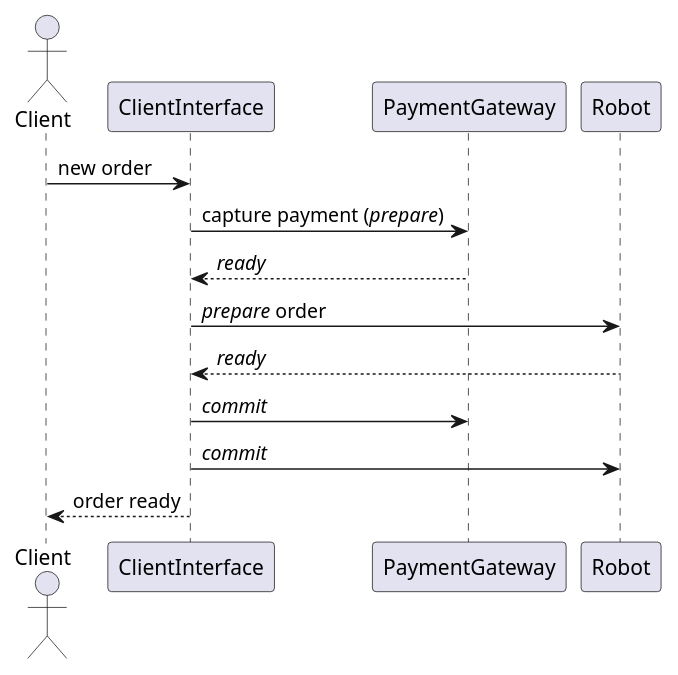
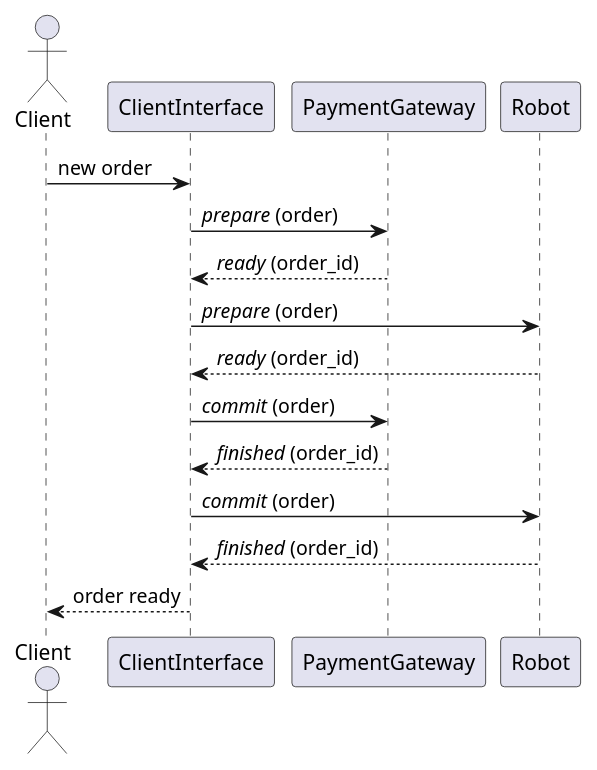
Before and after one commit to rebeselman/tp2-concurrentes-1c2024: the diagram in img/diagrams/puml/happy_sequence copy.puml, drawn with PlantUML. The commit also changed 4 other files, not shown here.

Commit message:
actualizo modelo de dominio, supuestos y diagramas de secuencia

```diff
--- a/img/diagrams/puml/happy_sequence copy.puml
+++ b/img/diagrams/puml/happy_sequence copy.puml
@@ -1,16 +1,18 @@
-@startuml happy sequence
+@startuml happy_sequence
 actor Client
 participant ClientInterface
 participant PaymentGateway
 participant Robot
 
 Client -> ClientInterface: new order
-ClientInterface -> PaymentGateway: capture payment (//prepare//)
-PaymentGateway --> ClientInterface: //ready//
-ClientInterface -> Robot: //prepare// order
-Robot --> ClientInterface: //ready// 
-ClientInterface -> PaymentGateway: //commit//
-ClientInterface -> Robot: //commit//
+ClientInterface -> PaymentGateway: //prepare// (order)
+PaymentGateway --> ClientInterface: //ready// (order_id)
+ClientInterface -> Robot: //prepare// (order)
+Robot --> ClientInterface: //ready// (order_id)
+ClientInterface -> PaymentGateway: //commit// (order)
+PaymentGateway --> ClientInterface: //finished// (order_id)
+ClientInterface -> Robot: //commit// (order)
+Robot --> ClientInterface: //finished// (order_id)
 ClientInterface --> Client: order ready
 
 @enduml
```
